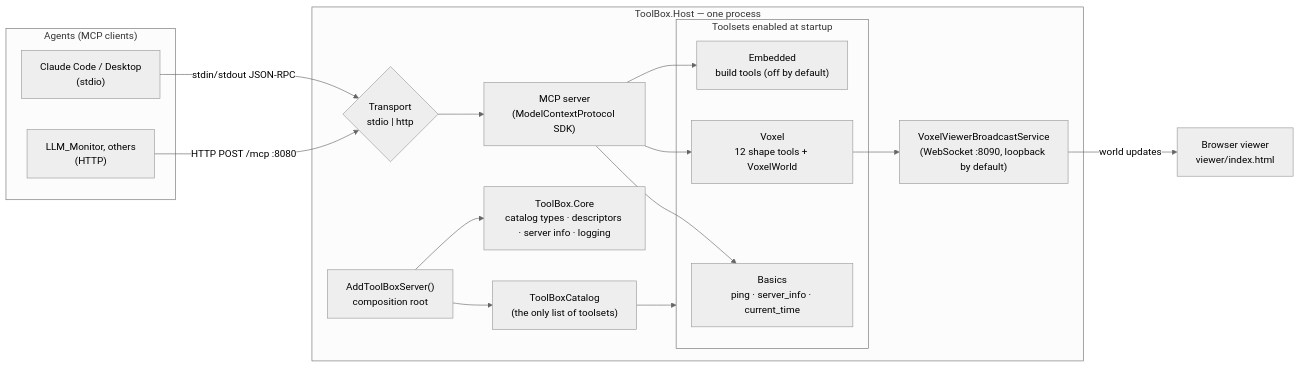
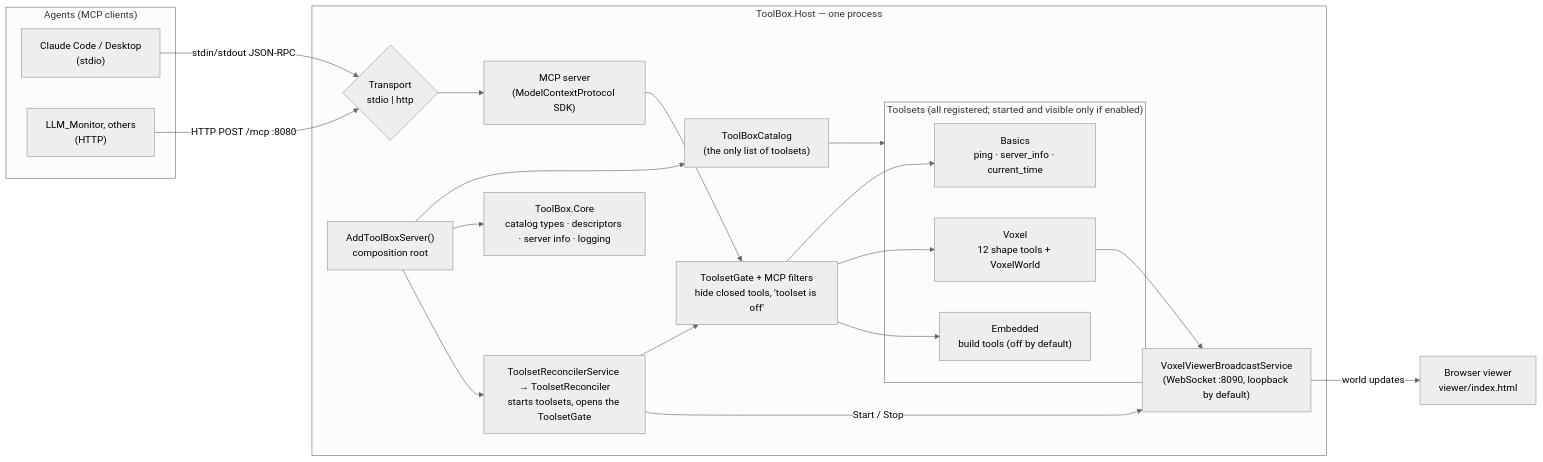
The first of 7 diagrams in docs/ARCHITECTURE.md (Timothy-Lee-Grant/Tool_Box), drawn with Mermaid (neutral theme) before and after one commit. The commit also changed other lines of this file and 11 other files, not shown here.

First line of the commit message:
Register every toolset; reconciler runs at startup (step 6 of #32)

````diff
--- a/docs/ARCHITECTURE.md
+++ b/docs/ARCHITECTURE.md
@@ -11,31 +11,35 @@
 ```mermaid
 flowchart LR
   subgraph Agents["Agents (MCP clients)"]
     CC["Claude Code / Desktop<br/>(stdio)"]
     LM["LLM_Monitor, others<br/>(HTTP)"]
   end
 
   subgraph Process["ToolBox.Host — one process"]
     T{"Transport<br/>stdio | http"}
     MCP["MCP server<br/>(ModelContextProtocol SDK)"]
     COMP["AddToolBoxServer()<br/>composition root"]
     CAT["ToolBoxCatalog<br/>(the only list of toolsets)"]
     CORE["ToolBox.Core<br/>catalog types · descriptors · server info · logging"]
-    subgraph Enabled["Toolsets enabled at startup"]
+    REC["ToolsetReconcilerService → ToolsetReconciler<br/>starts toolsets, opens the ToolsetGate"]
+    GATE["ToolsetGate + MCP filters<br/>hide closed tools, 'toolset is off'"]
+    subgraph Enabled["Toolsets (all registered; started and visible only if enabled)"]
       B["Basics<br/>ping · server_info · current_time"]
       V["Voxel<br/>12 shape tools + VoxelWorld"]
       E["Embedded<br/>build tools (off by default)"]
     end
     VW["VoxelViewerBroadcastService<br/>(WebSocket :8090, loopback by default)"]
   end
 
   Browser["Browser viewer<br/>viewer/index.html"]
 
   CC -- "stdin/stdout JSON-RPC" --> T
   LM -- "HTTP POST /mcp :8080" --> T
   T --> MCP
   COMP --> CAT --> Enabled
   COMP --> CORE
-  MCP --> B & V & E
+  COMP --> REC --> GATE
+  MCP --> GATE --> B & V & E
+  REC -- "Start / Stop" --> VW
   V --> VW -- "world updates" --> Browser
 ```
````
